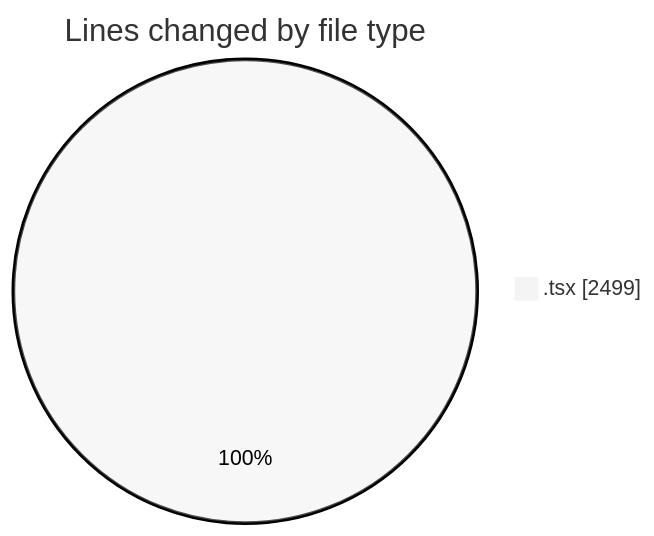
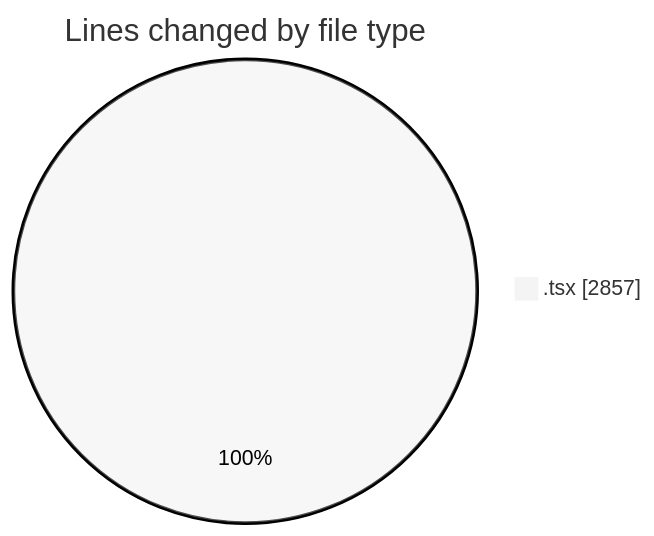
Before and after one commit to nxtqubesakshisongat/code-tracking: the first of 2 diagrams in 2026-05-22/nxtqube_webapp/README.md, drawn with Mermaid (neutral theme). The commit also changed other lines of this file and 1 other file, not shown here.

````diff
--- a/2026-05-22/nxtqube_webapp/README.md
+++ b/2026-05-22/nxtqube_webapp/README.md
@@ -22,5 +22,5 @@
 ```mermaid
 pie showData
 title Lines changed by file type
-".tsx" : 2499
+".tsx" : 2857
 ```
````
